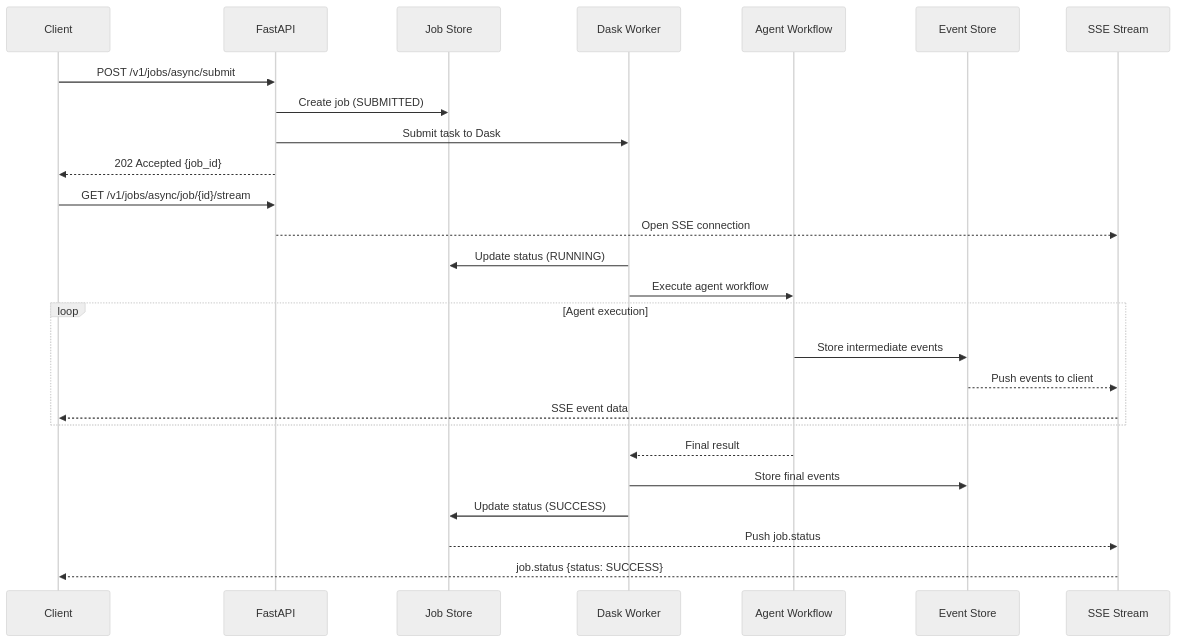
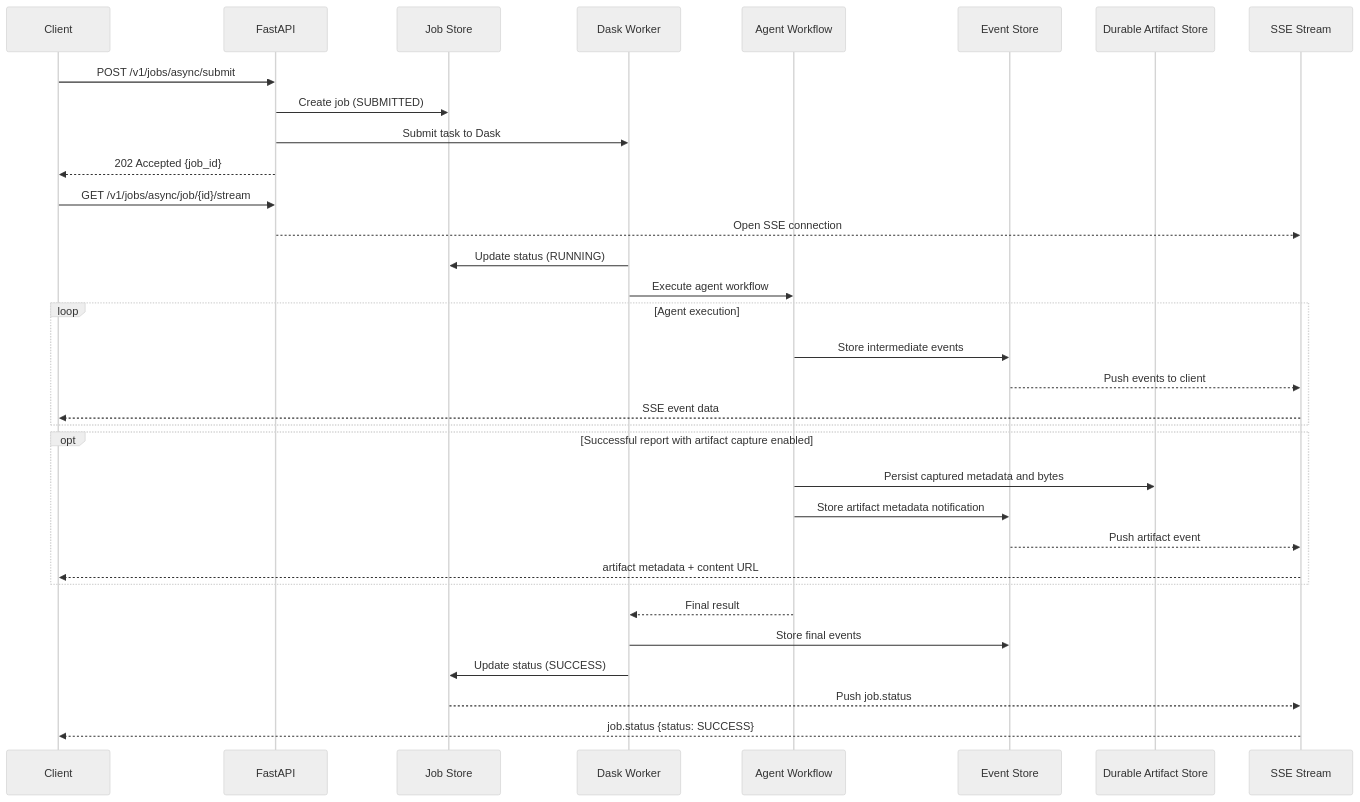
Before and after one commit to Manushpm8/aiq: the first of 3 diagrams in docs/source/architecture/data-flow.md, drawn with Mermaid (neutral theme). The commit also changed other lines of this file, not shown here.

Commit message:
docs: correct durable artifact event shape

````diff
--- a/docs/source/architecture/data-flow.md
+++ b/docs/source/architecture/data-flow.md
@@ -18,33 +18,41 @@
 ```mermaid
 sequenceDiagram
     participant C as Client
     participant API as FastAPI
     participant JS as Job Store
     participant D as Dask Worker
     participant A as Agent Workflow
     participant ES as Event Store
+    participant AS as Durable Artifact Store
     participant SSE as SSE Stream
 
     C->>API: POST /v1/jobs/async/submit
     API->>JS: Create job (SUBMITTED)
     API->>D: Submit task to Dask
     API-->>C: 202 Accepted {job_id}
 
     C->>API: GET /v1/jobs/async/job/{id}/stream
     API-->>SSE: Open SSE connection
 
     D->>JS: Update status (RUNNING)
     D->>A: Execute agent workflow
 
     loop Agent execution
         A->>ES: Store intermediate events
         ES-->>SSE: Push events to client
         SSE-->>C: SSE event data
     end
 
+    opt Successful report with artifact capture enabled
+        A->>AS: Persist captured metadata and bytes
+        A->>ES: Store artifact metadata notification
+        ES-->>SSE: Push artifact event
+        SSE-->>C: artifact metadata + content URL
+    end
+
     A-->>D: Final result
     D->>ES: Store final events
     D->>JS: Update status (SUCCESS)
     JS-->>SSE: Push job.status
     SSE-->>C: job.status {status: SUCCESS}
 ```
````
